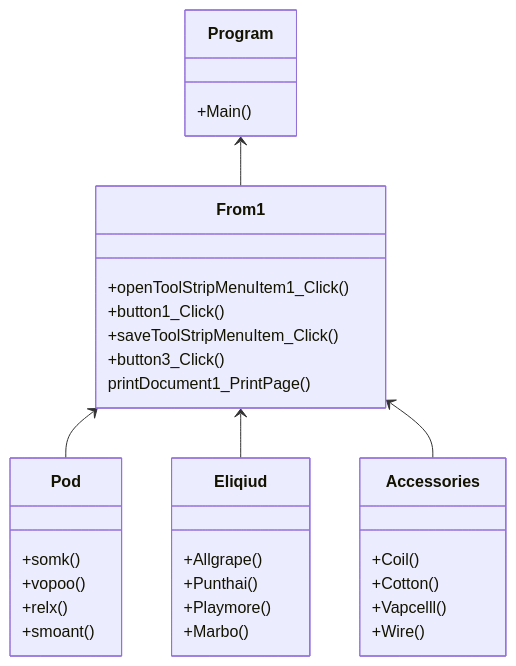
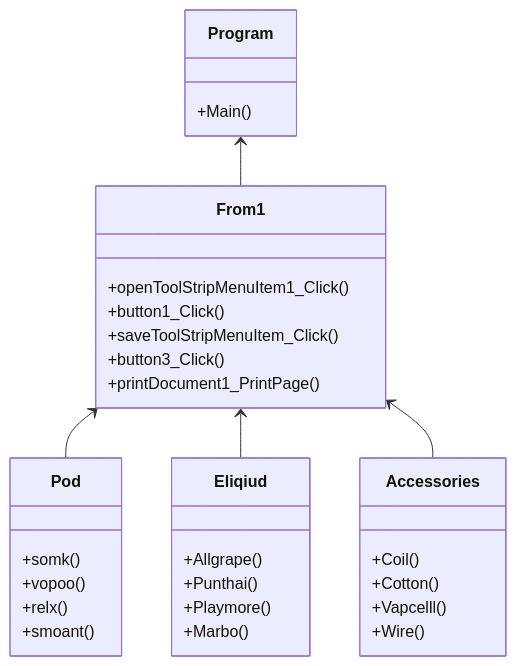
Before and after one commit to chakkapad/Final-Project-Assignment: the diagram in README.md, drawn with Mermaid.

````diff
--- a/README.md
+++ b/README.md
@@ -15,33 +15,33 @@
 ```mermaid 
 classDiagram
     Program <-- From1
     From1 <-- Pod
     From1 <-- Eliqiud
     From1 <-- Accessories
     Program : +Main()
     class From1{
         +openToolStripMenuItem1_Click()
         +button1_Click()
         +saveToolStripMenuItem_Click()
         +button3_Click()
-        printDocument1_PrintPage()
+        +printDocument1_PrintPage()
     }
     class Pod{
         +somk()
         +vopoo()
         +relx()
         +smoant()
     }
     class Eliqiud{
         +Allgrape()
         +Punthai()
         +Playmore()
         +Marbo()
     }
     class Accessories{
         +Coil()
         +Cotton()
         +Vapcelll()
         +Wire()
     }
  ```
````
